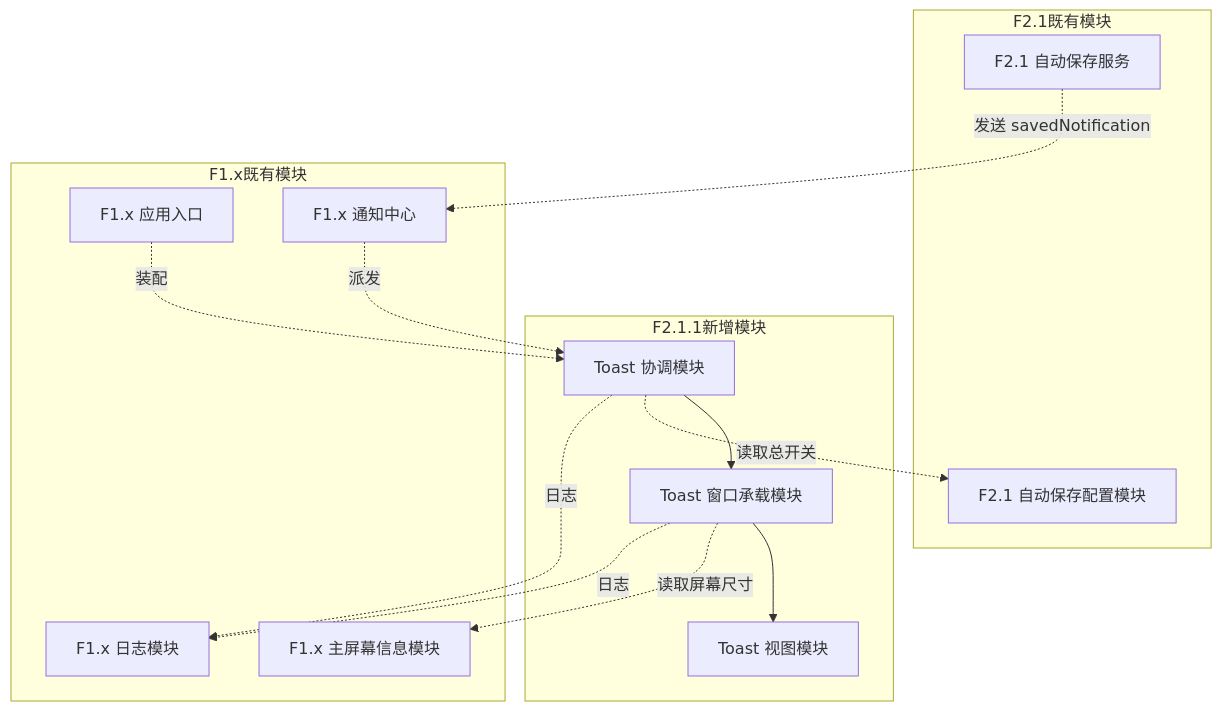
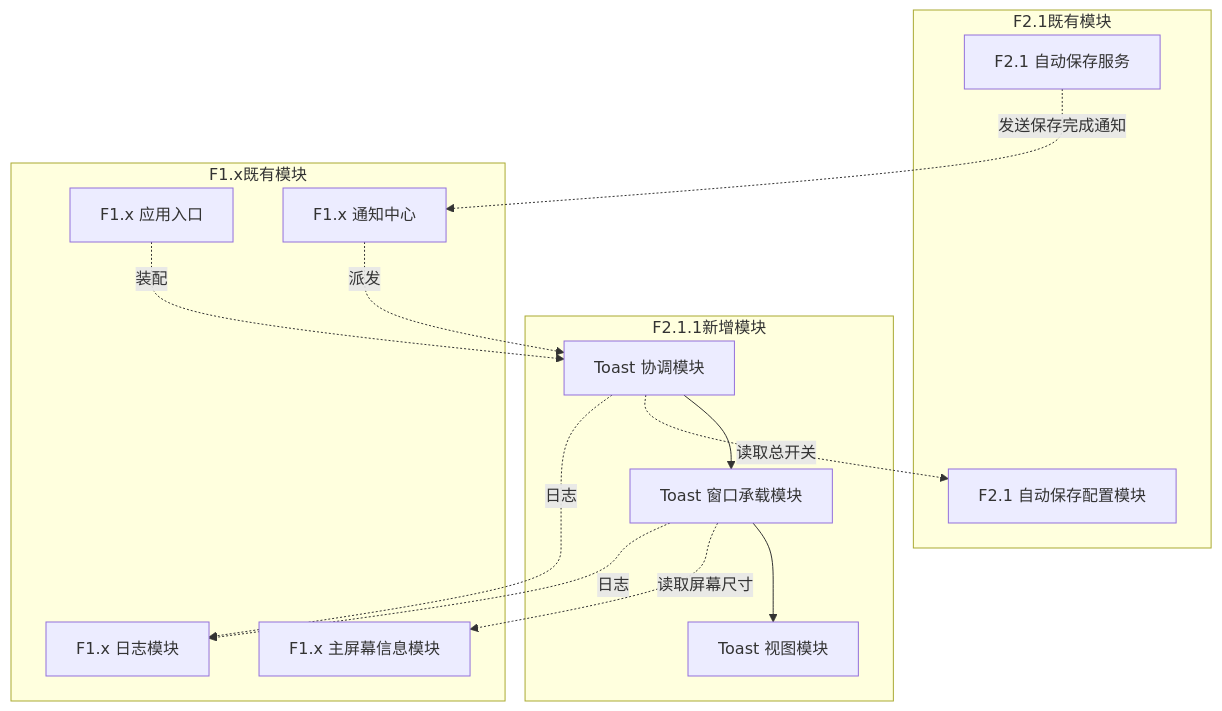
One commit to marcocpt/ClipMind changed the first of 5 diagrams in docs/planning/P1/F2.1/F2.1.1_保存成功Toast_设计文档.md. Above: the diagram before and after it, drawn with Mermaid. The commit also changed other lines of this file, not shown here.

````diff
--- a/docs/planning/P1/F2.1/F2.1.1_保存成功Toast_设计文档.md
+++ b/docs/planning/P1/F2.1/F2.1.1_保存成功Toast_设计文档.md
@@ -76,30 +56,30 @@
 ```mermaid
 graph TB
     subgraph F2.1既有模块
         A1[F2.1 自动保存服务]
         A2[F2.1 自动保存配置模块]
     end
 
     subgraph F2.1.1新增模块
         B1[Toast 协调模块]
         B2[Toast 窗口承载模块]
         B3[Toast 视图模块]
     end
 
     subgraph F1.x既有模块
         C1[F1.x 应用入口]
         C2[F1.x 通知中心]
         C3[F1.x 日志模块]
         C4[F1.x 主屏幕信息模块]
     end
 
-    A1 -.发送 savedNotification.-> C2
+    A1 -.发送保存完成通知.-> C2
     C2 -.派发.-> B1
     B1 --> B2
     B2 --> B3
     B2 -.读取屏幕尺寸.-> C4
     B1 -.读取总开关.-> A2
     C1 -.装配.-> B1
     B1 -.日志.-> C3
     B2 -.日志.-> C3
 ```
````
